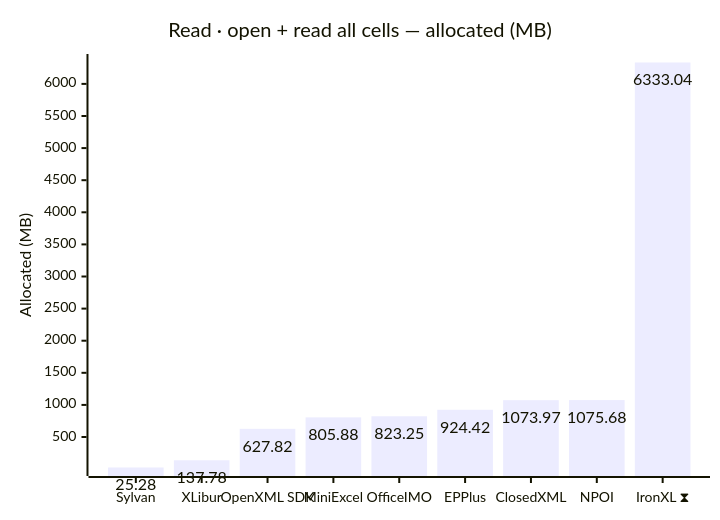
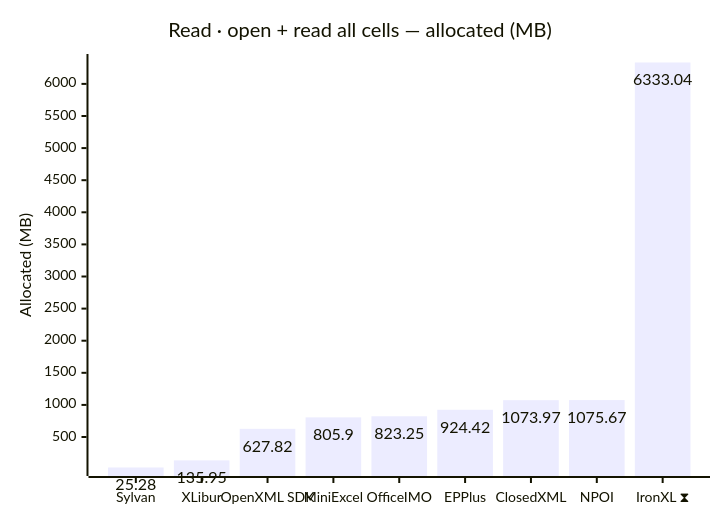
Before and after one commit to jafin/XLBench: the fourth of 12 diagrams in docs/results-ci.md, drawn with Mermaid. The commit also changed other lines of this file, not shown here.

````diff
--- a/docs/results-ci.md
+++ b/docs/results-ci.md
@@ -82,12 +82,12 @@
 ```mermaid
 ---
 config:
   xyChart:
     showDataLabel: true
 ---
 xychart-beta
     title "Read · open + read all cells — allocated (MB)"
     x-axis ["Sylvan", "XLibur", "OpenXML SDK", "MiniExcel", "OfficeIMO", "EPPlus", "ClosedXML", "NPOI", "IronXL ⧗"]
     y-axis "Allocated (MB)"
-    bar [25.28, 137.78, 627.82, 805.88, 823.25, 924.42, 1073.97, 1075.68, 6333.04]
+    bar [25.28, 135.95, 627.82, 805.9, 823.25, 924.42, 1073.97, 1075.67, 6333.04]
 ```
````
